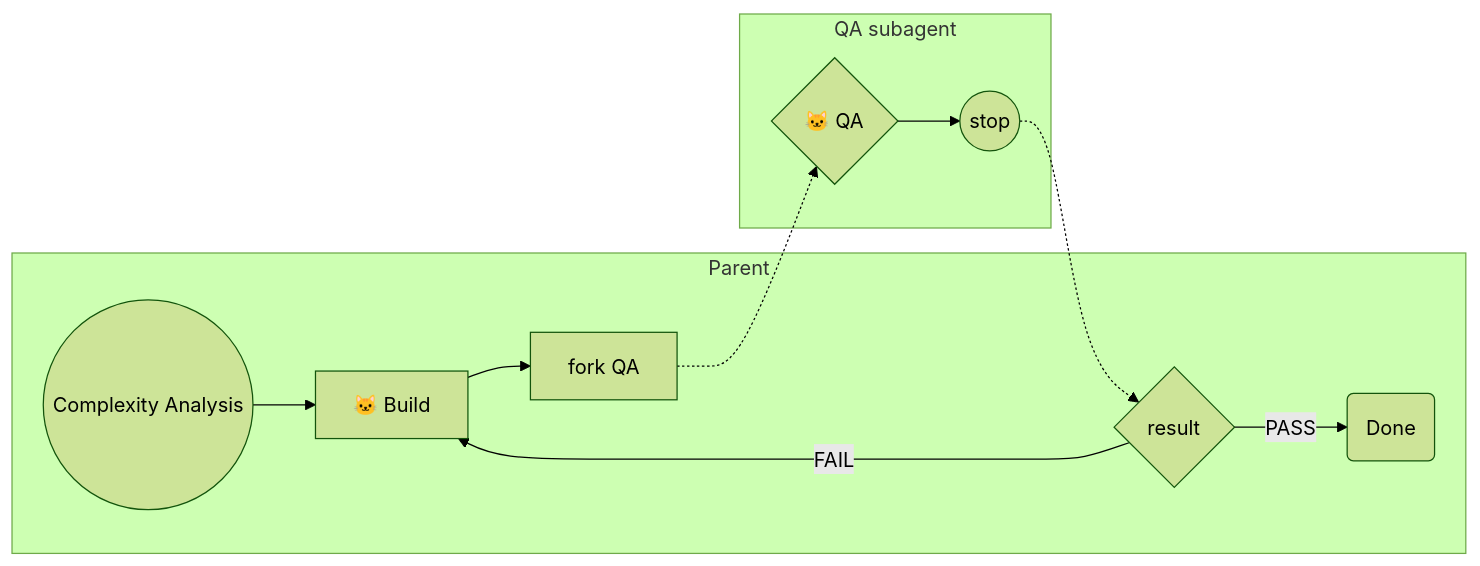
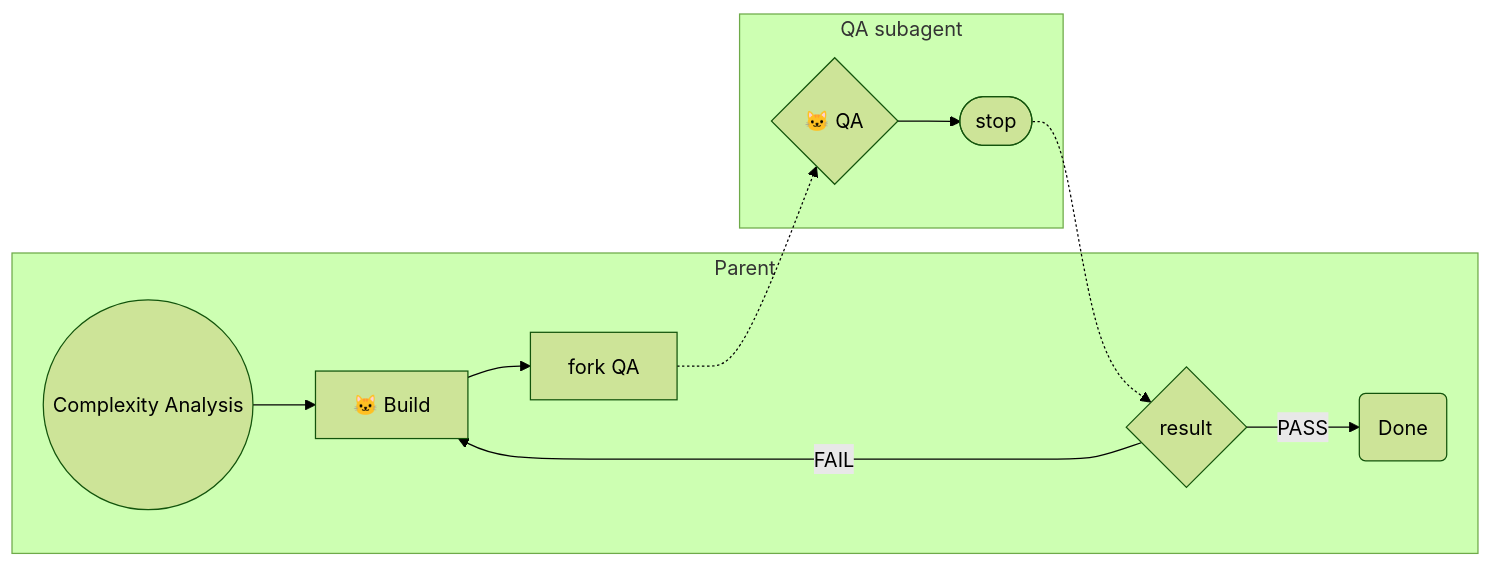
Before and after one commit to Texarkanine/.cursor-rules: the eighth of 11 diagrams in memory-bank/active/creative/creative-l1-verification-diagram.md, drawn with Mermaid (forest theme). The commit also changed other lines of this file, not shown here.

Commit message:
chore: stadium Verdict/stop shapes in L1 creative diagrams

````diff
--- a/memory-bank/active/creative/creative-l1-verification-diagram.md
+++ b/memory-bank/active/creative/creative-l1-verification-diagram.md
@@ -250,14 +250,14 @@
 ```mermaid
 graph LR
     subgraph P["Parent"]
         Start(("Complexity Analysis")) --> NikoBuild["🐱 Build"]
         NikoBuild --> Fork["fork QA"]
         Gate{"result"} -->|"PASS"| Done("Done")
         Gate -->|"FAIL"| NikoBuild
     end
     subgraph V["QA subagent"]
-        QA{"🐱 QA"} --> Halt(("stop"))
+        QA{"🐱 QA"} --> Halt(["stop"])
     end
     Fork -.-> QA
     Halt -.-> Gate
 ```
````
